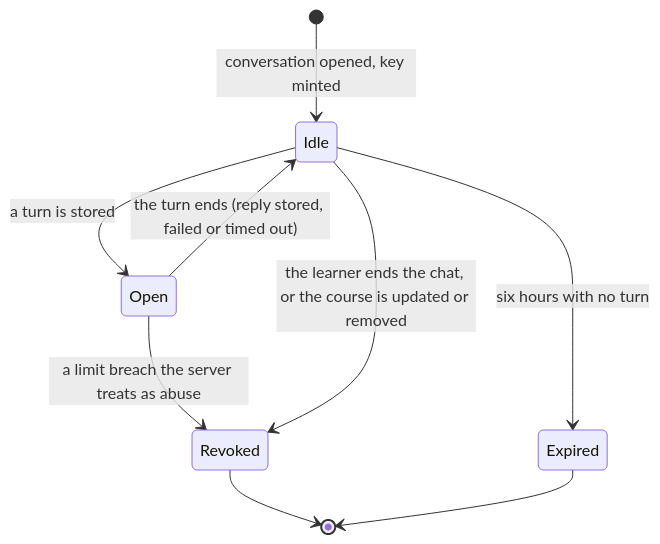
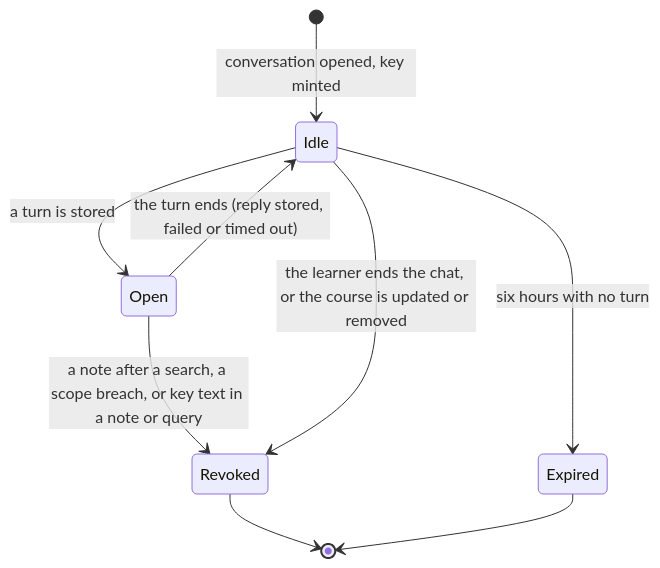
One commit to flyingrobots/school changed the second of 5 diagrams in docs/rfc/0011-asking-the-teacher.md. Above: the diagram before and after it, drawn with Mermaid. The commit also changed other lines of this file, not shown here.

````diff
--- a/docs/rfc/0011-asking-the-teacher.md
+++ b/docs/rfc/0011-asking-the-teacher.md
@@ -290,11 +293,11 @@
 ```mermaid
 stateDiagram-v2
     [*] --> Idle: conversation opened, key minted
     Idle --> Open: a turn is stored
     Open --> Idle: the turn ends (reply stored, failed or timed out)
-    Open --> Revoked: a limit breach the server treats as abuse
+    Open --> Revoked: a note after a search, a scope breach, or key text in a note or query
     Idle --> Revoked: the learner ends the chat, or the course is updated or removed
     Idle --> Expired: six hours with no turn
     Revoked --> [*]
     Expired --> [*]
 ```
````
